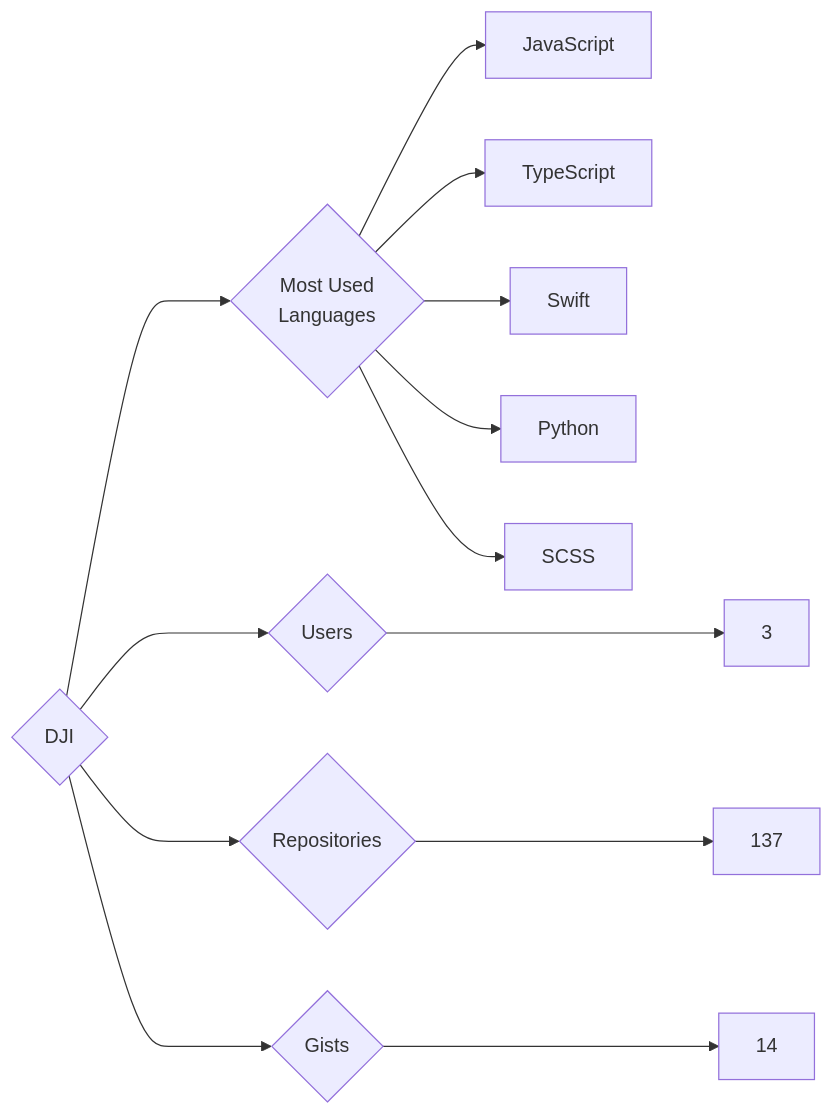
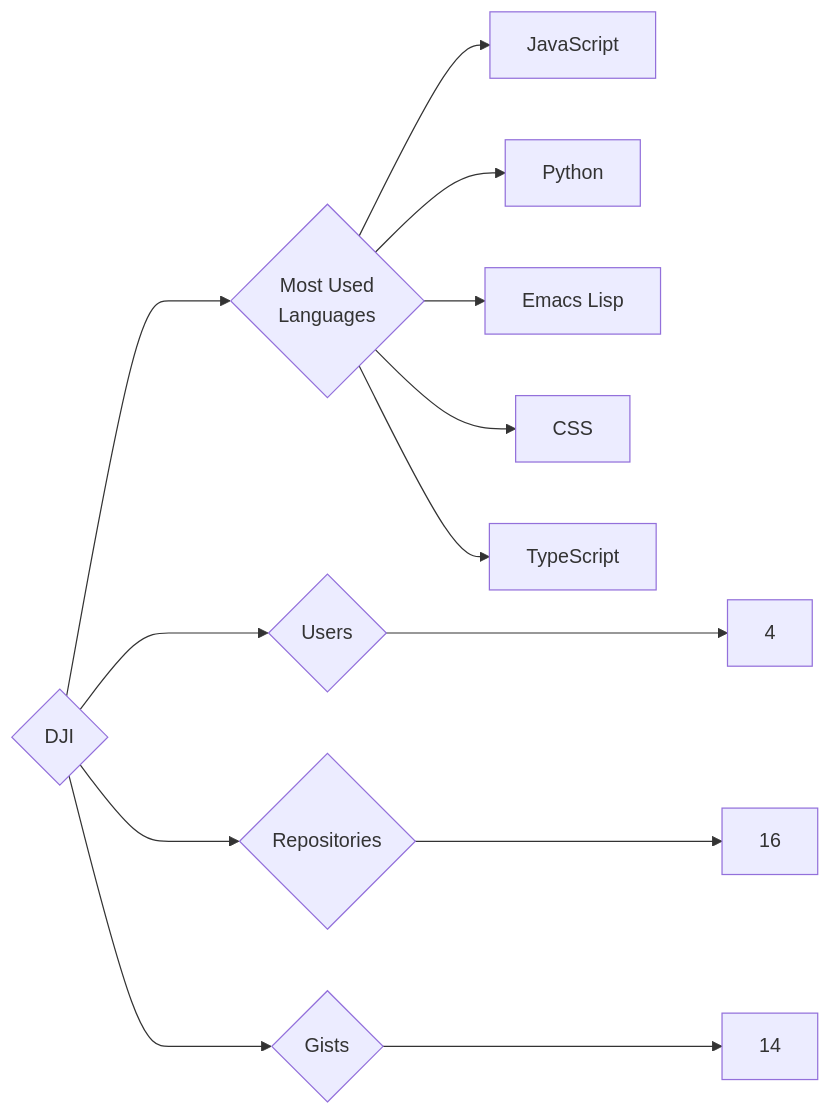
The diagram in targets/DJI/README.md (trickest/insiders), drawn with Mermaid before and after one commit. The commit also changed 985 other files, not shown here.

````diff
--- a/targets/DJI/README.md
+++ b/targets/DJI/README.md
@@ -3,13 +3,13 @@
 ```mermaid
 graph LR
 COMPANY_NAME{DJI}
-COMPANY_NAME ---> U{Users} ---> UN[3]
-COMPANY_NAME ---> R{Repositories} ---> RN[137]
+COMPANY_NAME ---> U{Users} ---> UN[4]
+COMPANY_NAME ---> R{Repositories} ---> RN[16]
 COMPANY_NAME ---> G{Gists} ---> GN[14]
 COMPANY_NAME ---> ML{Most Used<br>Languages}
 ML --> JavaScript[JavaScript]
+ML --> Python[Python]
+ML --> Emacs_Lisp[Emacs Lisp]
+ML --> CSS[CSS]
 ML --> TypeScript[TypeScript]
-ML --> Swift[Swift]
-ML --> Python[Python]
-ML --> SCSS[SCSS]
 ```
````
